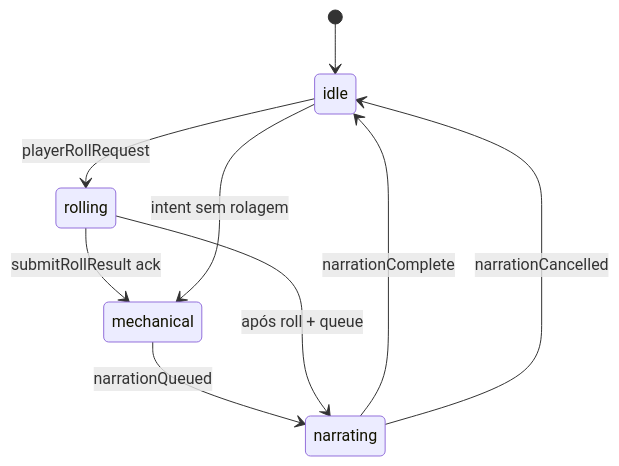
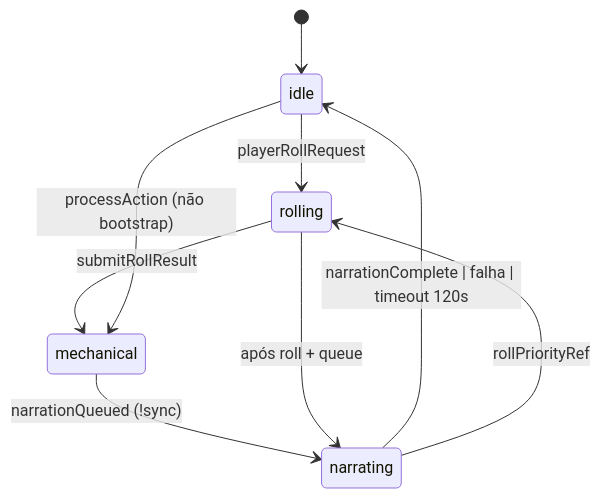
One commit to edsoncantuaria/dndai changed the third of 5 diagrams in docs/DESIGN_FRONTEND.md. Above: the diagram before and after it, drawn with Mermaid. The commit also changed other lines of this file and 22 other files, not shown here.

````diff
--- a/docs/DESIGN_FRONTEND.md
+++ b/docs/DESIGN_FRONTEND.md
@@ -247,11 +247,11 @@
 ```mermaid
 stateDiagram-v2
     [*] --> idle
     idle --> rolling: playerRollRequest
-    rolling --> mechanical: submitRollResult ack
-    idle --> mechanical: intent sem rolagem
-    mechanical --> narrating: narrationQueued
+    rolling --> mechanical: submitRollResult
+    idle --> mechanical: processAction (não bootstrap)
+    mechanical --> narrating: narrationQueued (!sync)
     rolling --> narrating: após roll + queue
-    narrating --> idle: narrationComplete
-    narrating --> idle: narrationCancelled
+    narrating --> idle: narrationComplete | falha | timeout 120s
+    narrating --> rolling: rollPriorityRef
 ```
````
